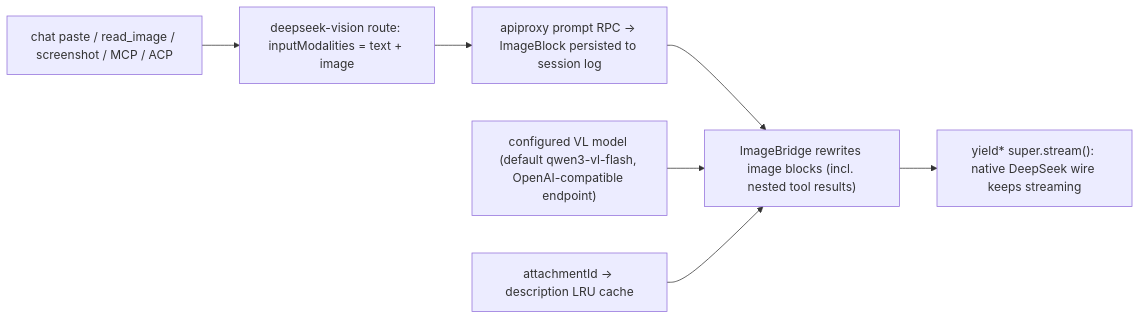
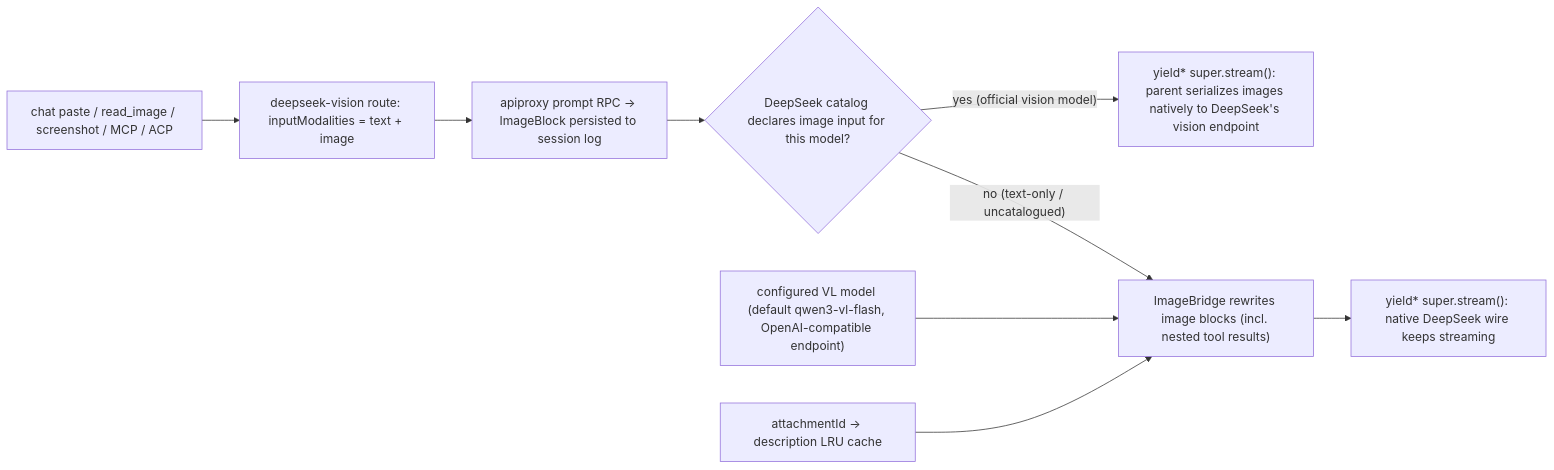
One commit to siegfly/dsh-deepseek-vision changed the diagram in README.en.md. Above: the diagram before and after it, drawn with Mermaid. The commit also changed other lines of this file and 20 other files, not shown here.

````diff
--- a/README.en.md
+++ b/README.en.md
@@ -151,9 +156,11 @@
 ```mermaid
 flowchart LR
     User["chat paste / read_image / screenshot / MCP / ACP"] --> Gate["deepseek-vision route: inputModalities = text + image"]
     Gate --> Persist["apiproxy prompt RPC -> ImageBlock persisted to session log"]
-    Persist --> Bridge["ImageBridge rewrites image blocks (incl. nested tool results)"]
+    Persist --> Decide{"DeepSeek catalog declares image input for this model?"}
+    Decide -- "yes (official vision model)" --> Native["yield* super.stream(): parent serializes images natively to DeepSeek's vision endpoint"]
+    Decide -- "no (text-only / uncatalogued)" --> Bridge["ImageBridge rewrites image blocks (incl. nested tool results)"]
     VL["configured VL model (default qwen3-vl-flash, OpenAI-compatible endpoint)"] --> Bridge
     Cache["attachmentId -> description LRU cache"] --> Bridge
     Bridge --> Stream["yield* super.stream(): native DeepSeek wire keeps streaming"]
 ```
````
